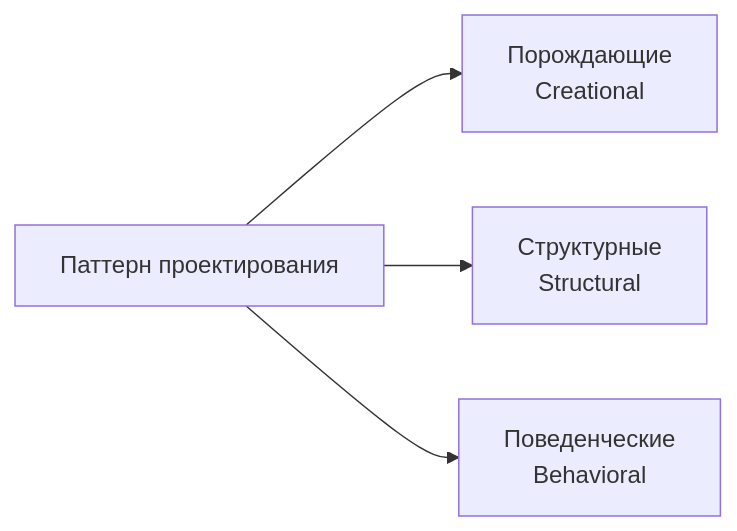
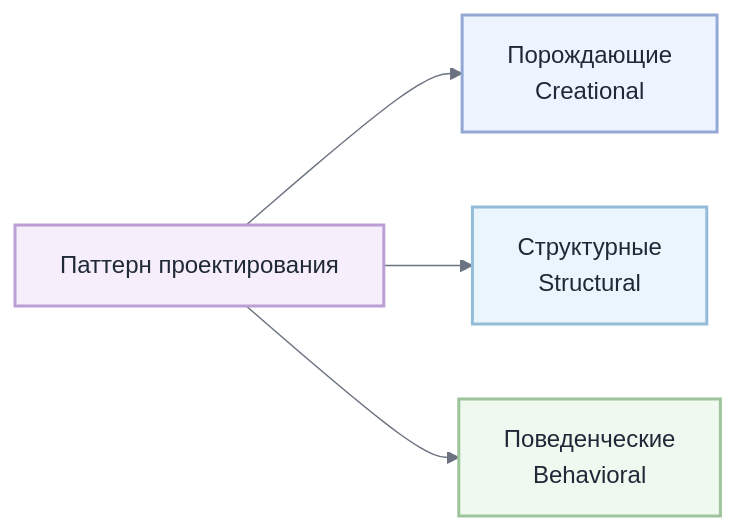
One commit to MishaSytch/middle_java_back changed the first of 16 diagrams in docs/interview/design-patterns.md. Above: the diagram before and after it, drawn with Mermaid. The commit also changed other lines of this file and 15 other files, not shown here.

````diff
--- a/docs/interview/design-patterns.md
+++ b/docs/interview/design-patterns.md
@@ -7,7 +7,16 @@
 ```mermaid
+%%{init: { 'theme': 'neutral', 'themeVariables': { 'primaryColor': '#ffffff', 'primaryTextColor': '#1f2937', 'lineColor': '#6b7280', 'primaryBorderColor': '#d1d5db', 'secondaryColor': '#f3f4f6', 'tertiaryColor': '#e5e7eb' } } }%%
 flowchart LR
     P[Паттерн проектирования]
     P --> C[Порождающие<br/>Creational]
     P --> S[Структурные<br/>Structural]
     P --> B[Поведенческие<br/>Behavioral]
+    classDef n0 fill:#f6eefa,stroke:#bb9ed4,stroke-width:2px,color:#1f2937
+    classDef n1 fill:#eef4ff,stroke:#93a8d4,stroke-width:2px,color:#1f2937
+    classDef n2 fill:#eaf5fd,stroke:#94bcd8,stroke-width:2px,color:#1f2937
+    classDef n3 fill:#f0f9ef,stroke:#9dc49a,stroke-width:2px,color:#1f2937
+    class P n0
+    class C n1
+    class S n2
+    class B n3
 ```
````
